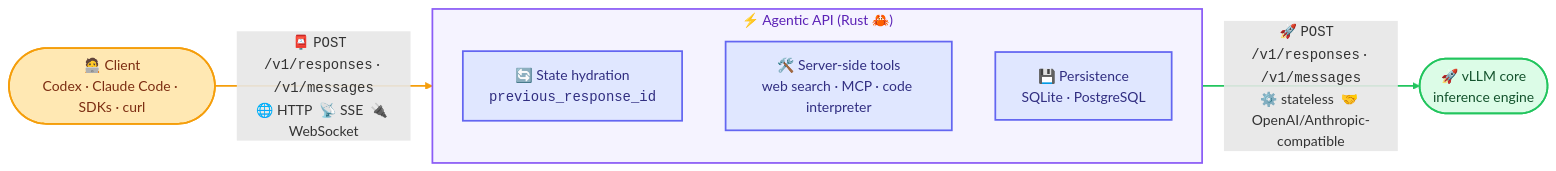
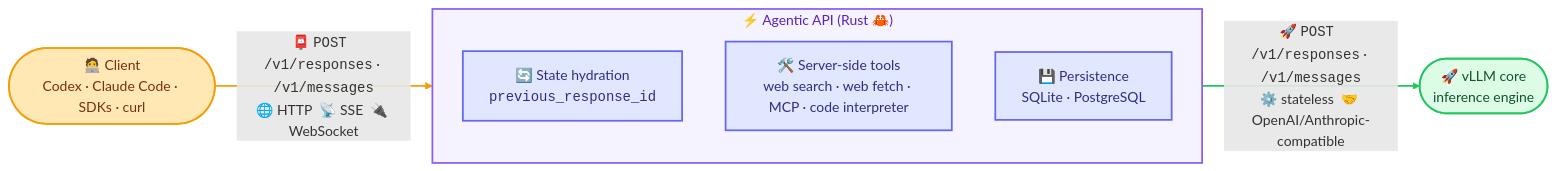
Before and after one commit to EmbeddedLLM/agentic-api: the diagram in README.md, drawn with Mermaid. The commit also changed other lines of this file and 48 other files, not shown here.

First line of the commit message:
feat: execute Claude's native web_fetch tool on /v1/messages (#414)

````diff
--- a/README.md
+++ b/README.md
@@ -28,22 +28,22 @@
 ```mermaid
 flowchart LR
     C(["🧑‍💻 Client<br/>Codex · Claude Code · SDKs · curl"]) -->|"📮 <code>POST /v1/responses</code> · <code>/v1/messages</code><br/>🌐 HTTP&nbsp;&nbsp;📡 SSE&nbsp;&nbsp;🔌 WebSocket"| A
     subgraph A ["⚡ Agentic API (Rust 🦀)"]
         direction TB
         S["🔄 State hydration<br/><code>previous_response_id</code>"]
-        T["🛠️ Server-side tools<br/>web search · MCP · code interpreter"]
+        T["🛠️ Server-side tools<br/>web search · web fetch · MCP · code interpreter"]
         P["💾 Persistence<br/>SQLite · PostgreSQL"]
     end
     A -->|"🚀 <code>POST /v1/responses</code> · <code>/v1/messages</code><br/>⚙️ stateless&nbsp;&nbsp;🤝 OpenAI/Anthropic-compatible"| V(["🚀 vLLM core<br/>inference engine"])
 
     classDef client fill:#FFE8B3,stroke:#F59E0B,stroke-width:2px,color:#7C2D12
     classDef inner fill:#E0E7FF,stroke:#6366F1,stroke-width:2px,color:#312E81
     classDef engine fill:#DCFCE7,stroke:#22C55E,stroke-width:2px,color:#14532D
 
     class C client
     class S,T,P inner
     class V engine
     style A fill:#F5F3FF,stroke:#8B5CF6,stroke-width:2px,color:#5B21B6
     linkStyle 0 stroke:#F59E0B,stroke-width:2px
     linkStyle 1 stroke:#22C55E,stroke-width:2px
 ```
````
